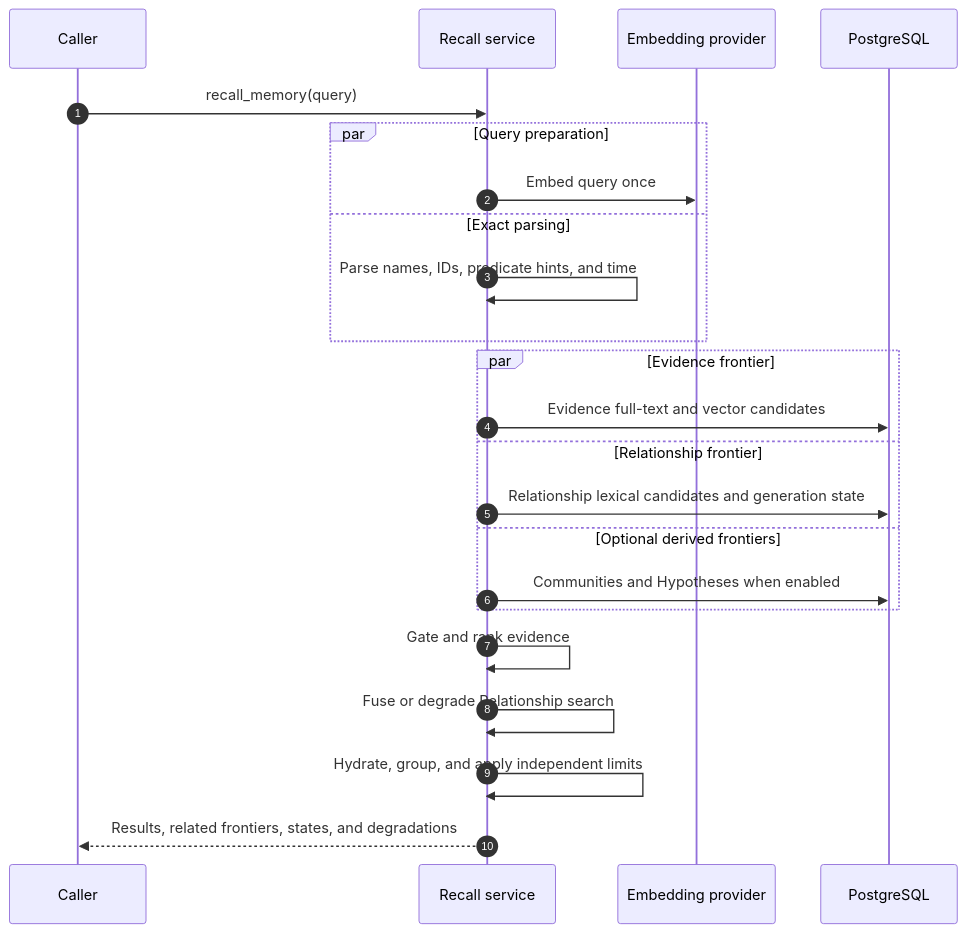
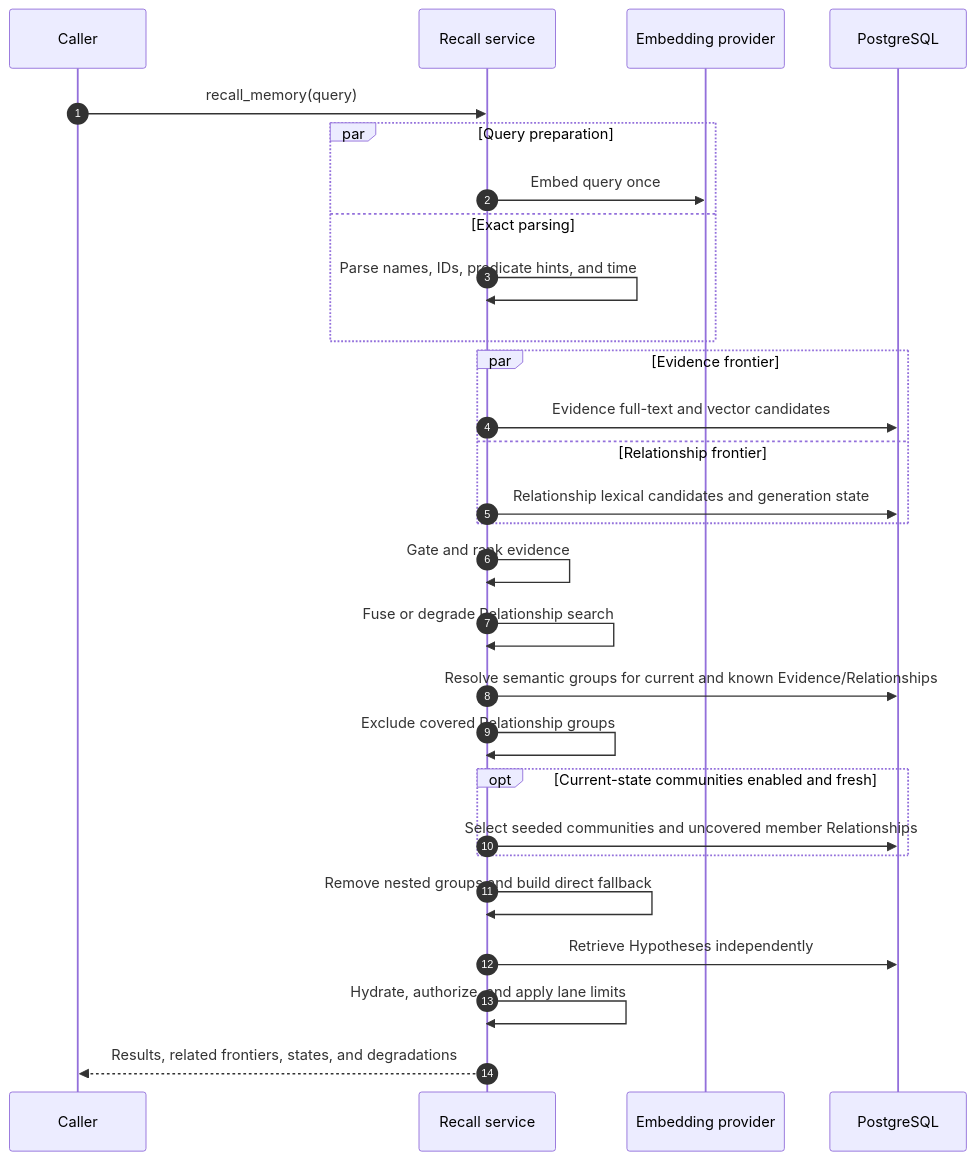
Before and after one commit to markhuangai/dense-mem: the second of 4 diagrams in Recall-Ranking.md, drawn with Mermaid. The commit also changed other lines of this file and 10 other files, not shown here.

````diff
--- a/Recall-Ranking.md
+++ b/Recall-Ranking.md
@@ -67,27 +90,32 @@
 ```mermaid
 %%{init: {"sequence": {"rightAngles": true}}}%%
 sequenceDiagram
   autonumber
   participant C as Caller
   participant R as Recall service
   participant E as Embedding provider
   participant P as PostgreSQL
 
   C->>R: recall_memory(query)
   par Query preparation
     R->>E: Embed query once
   and Exact parsing
     R->>R: Parse names, IDs, predicate hints, and time
   end
   par Evidence frontier
     R->>P: Evidence full-text and vector candidates
   and Relationship frontier
     R->>P: Relationship lexical candidates and generation state
-  and Optional derived frontiers
-    R->>P: Communities and Hypotheses when enabled
   end
   R->>R: Gate and rank evidence
   R->>R: Fuse or degrade Relationship search
-  R->>R: Hydrate, group, and apply independent limits
+  R->>P: Resolve semantic groups for current and known Evidence/Relationships
+  R->>R: Exclude covered Relationship groups
+  opt Current-state communities enabled and fresh
+    R->>P: Select seeded communities and uncovered member Relationships
+  end
+  R->>R: Remove nested groups and build direct fallback
+  R->>P: Retrieve Hypotheses independently
+  R->>R: Hydrate, authorize, and apply lane limits
   R-->>C: Results, related frontiers, states, and degradations
 ```
````
